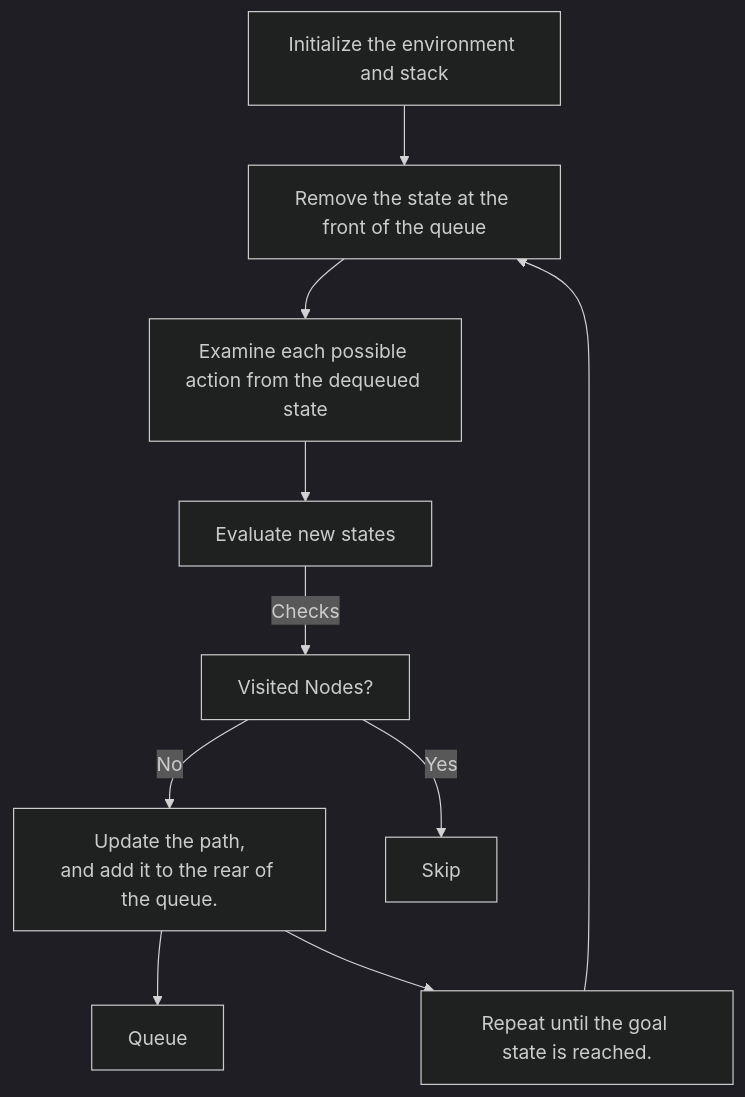
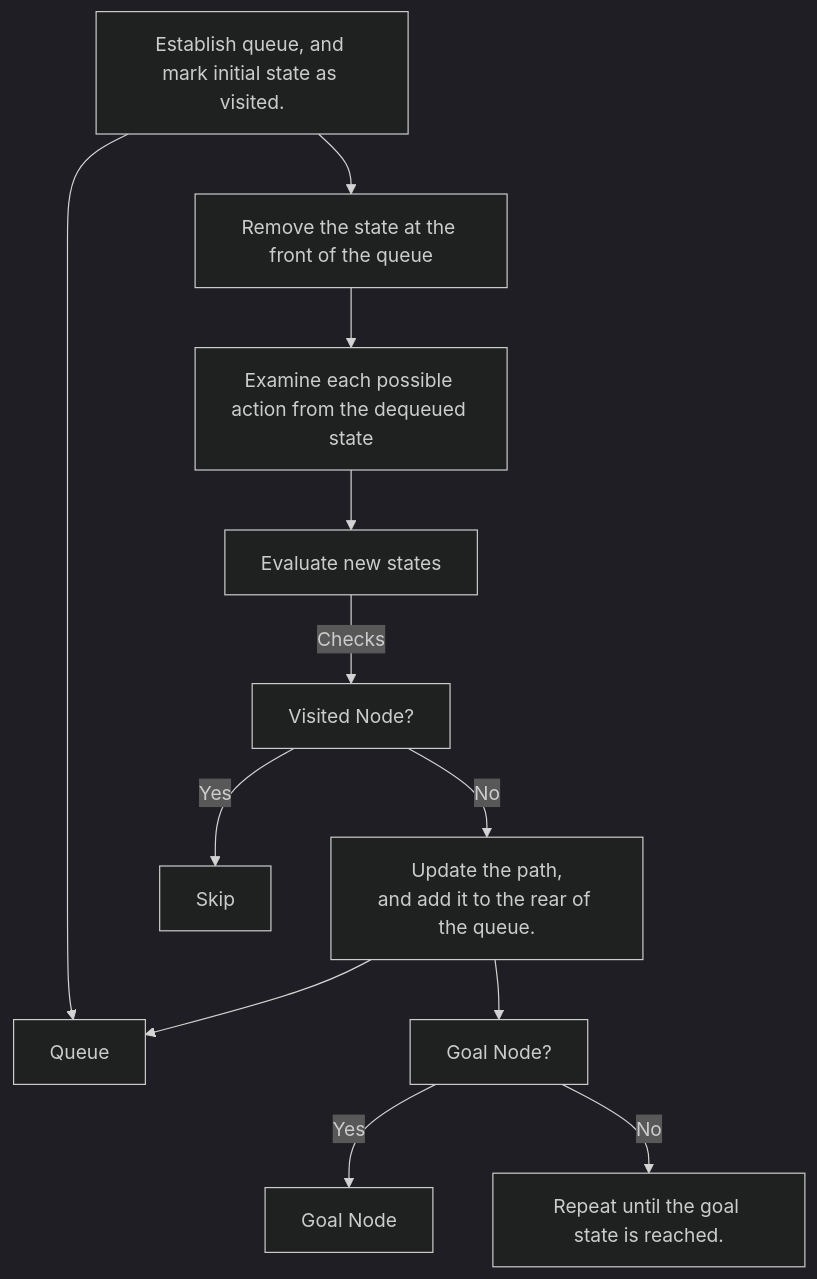
Before and after one commit to NosrevytsNg/Taxi-v3-Search-Agent: the third of 3 diagrams in README.md, drawn with Mermaid (dark theme). The commit also changed other lines of this file, not shown here.

Commit message:
Update flowchart

````diff
--- a/README.md
+++ b/README.md
@@ -139,14 +139,16 @@
 ```mermaid
 flowchart TD
 
-A[Initialize the environment and stack]
+A[Establish queue, and mark initial state as visited.]
+A --> W[Queue]
 A --> B[Remove the state at the front of the queue]
 B --> C[Examine each possible action from the dequeued state]
 C --> D[Evaluate new states]
-D --> |Checks| Y[Visited Nodes?]
+D --> |Checks| Y[Visited Node?]
 Y -->|No| E[Update the path,<br>and add it to the rear of the queue.]
 Y -->|Yes| X[Skip]
-E --> W[Queue]
-E --> F[Repeat until the goal state is reached.]
-F --> B
+E --> W
+E --> Z[Goal Node?]
+Z --> |Yes| U[Goal Node]
+Z --> |No| F[Repeat until the goal state is reached.]
 ```
````
